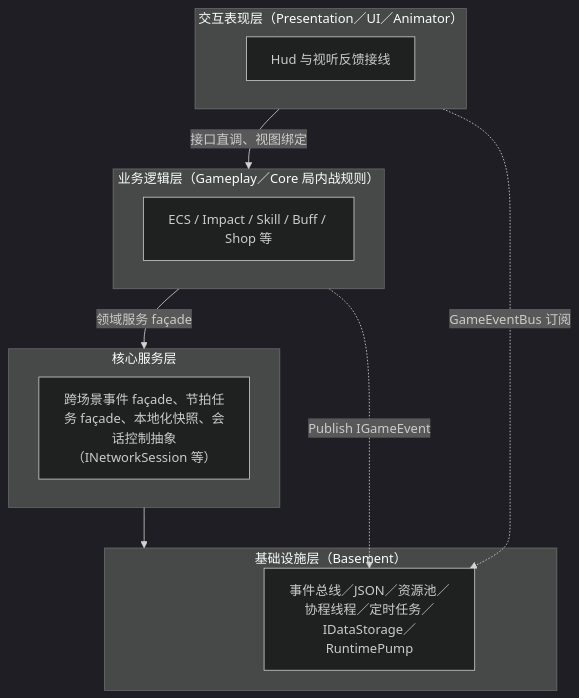
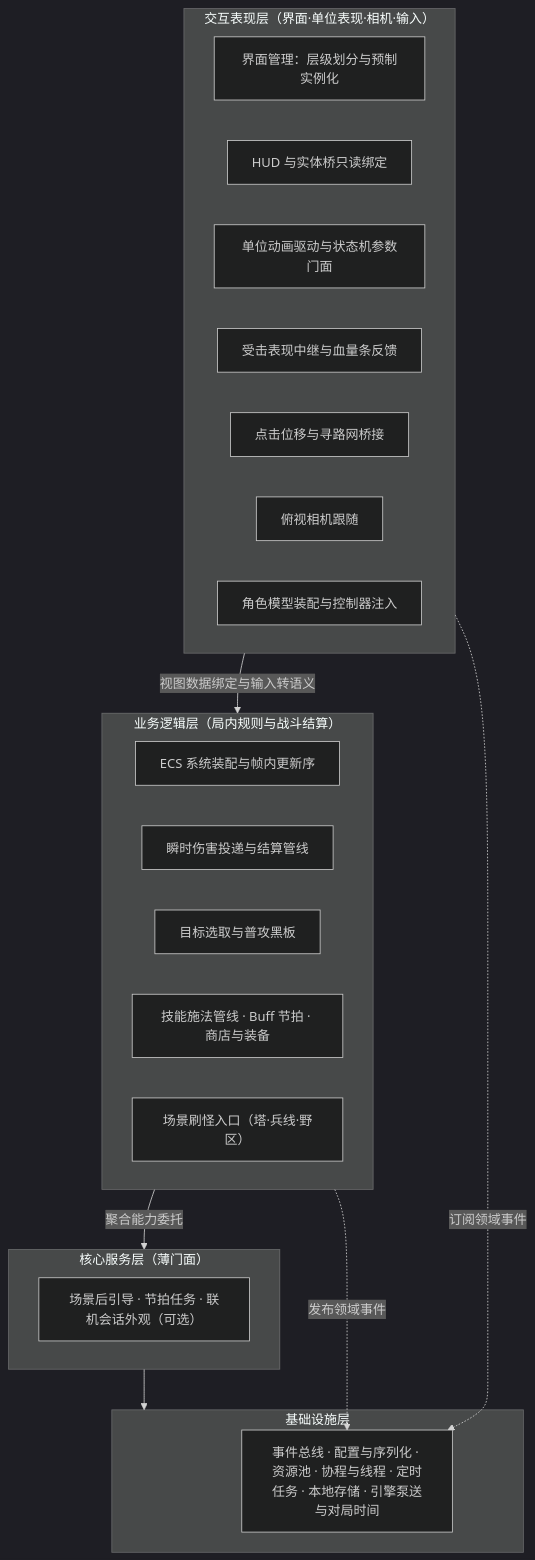
The first of 2 diagrams in Assets/_Project/Code/DesignDocuments/endings/学士学位论文-第二章需求分析与总体设计.md (OrangeFruitTea/Unity-LOL-Like-AtkBuff-GameSystem), drawn with Mermaid (dark theme) before and after one commit. The commit also changed other lines of this file and 12 other files, not shown here.

````diff
--- a/Assets/_Project/Code/DesignDocuments/endings/学士学位论文-第二章需求分析与总体设计.md
+++ b/Assets/_Project/Code/DesignDocuments/endings/学士学位论文-第二章需求分析与总体设计.md
@@ -128,20 +124,30 @@
 ```mermaid
 flowchart TB
-  subgraph L1["交互表现层（Presentation／UI／Animator）"]
-    UI[Hud 与视听反馈接线]
+  subgraph L1["交互表现层（界面·单位表现·相机·输入）"]
+    UIM["界面管理：层级划分与预制实例化"]
+    BRG["HUD 与实体桥只读绑定"]
+    UAD["单位动画驱动与状态机参数门面"]
+    HFX["受击表现中继与血量条反馈"]
+    MOV["点击位移与寻路网桥接"]
+    CAM["俯视相机跟随"]
+    MOD["角色模型装配与控制器注入"]
   end
-  subgraph L2["业务逻辑层（Gameplay／Core 局内战规则）"]
-    G[ECS / Impact / Skill / Buff / Shop 等]
+  subgraph L2["业务逻辑层（局内规则与战斗结算）"]
+    GSB["ECS 系统装配与帧内更新序"]
+    IMP["瞬时伤害投递与结算管线"]
+    TGT["目标选取与普攻黑板"]
+    SKB["技能施法管线 · Buff 节拍 · 商店与装备"]
+    SPN["场景刷怪入口（塔·兵线·野区）"]
   end
-  subgraph L3["核心服务层"]
-    CS[跨场景事件 façade、节拍任务 façade、本地化快照、会话控制抽象（INetworkSession 等）]
+  subgraph L3["核心服务层（薄门面）"]
+    CS["场景后引导 · 节拍任务 · 联机会话外观（可选）"]
   end
-  subgraph L4["基础设施层（Basement）"]
-    B["事件总线／JSON／资源池／协程线程／定时任务／IDataStorage／RuntimePump"]
+  subgraph L4["基础设施层"]
+    B["事件总线 · 配置与序列化 · 资源池 · 协程与线程 · 定时任务 · 本地存储 · 引擎泵送与对局时间"]
   end
-  L1 -->|接口直调、视图绑定| L2
-  L2 -->|领域服务 façade| L3
+  L1 -->|视图数据绑定与输入转语义| L2
+  L2 -->|聚合能力委托| L3
   L3 --> L4
-  L1 -. GameEventBus 订阅 .-> B
-  L2 -. Publish IGameEvent .-> B
+  L1 -. 订阅领域事件 .-> B
+  L2 -. 发布领域事件 .-> B
 ```
````
